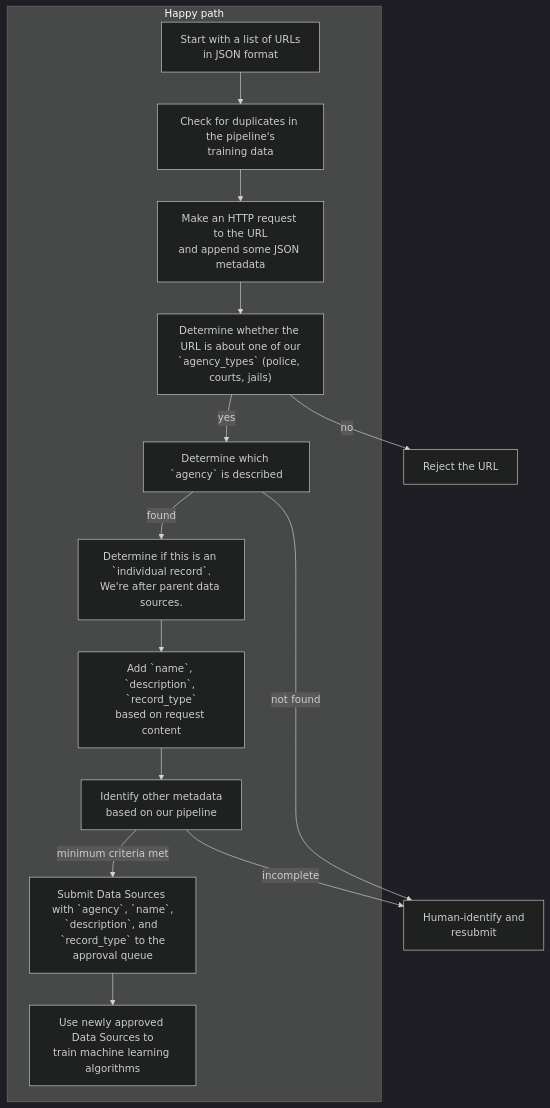
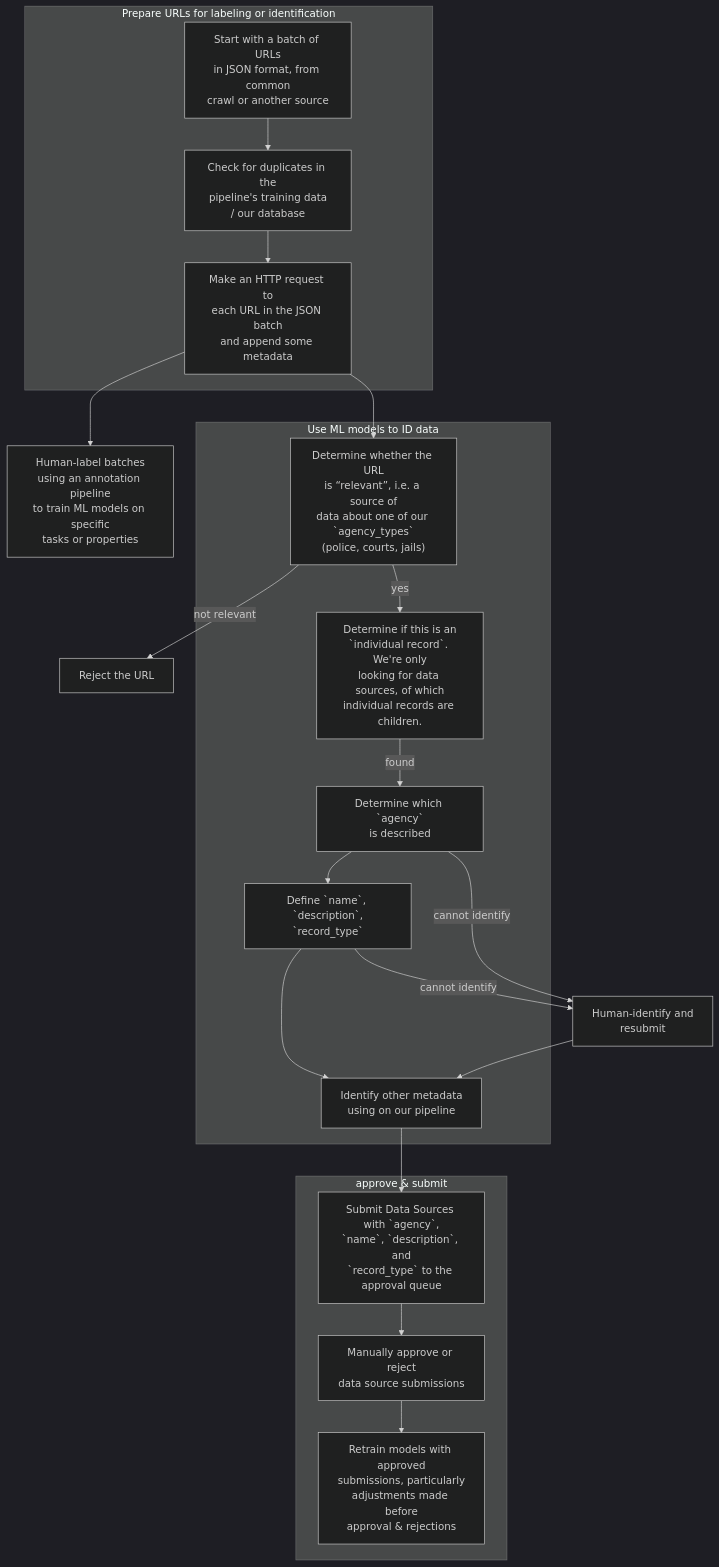
Before and after one commit to Police-Data-Accessibility-Project/data-source-identification: the diagram in README.md, drawn with Mermaid (dark theme). The commit also changed other lines of this file, not shown here.

Commit message:
update flowchart from feb checkin

````diff
--- a/README.md
+++ b/README.md
@@ -38,44 +40,71 @@
 ```mermaid
 %% Here's a guide to mermaid syntax: https://mermaid.js.org/syntax/flowchart.html
 
 flowchart TD
-A["Start with a list of URLs
-in JSON format"]
-B["Check for duplicates in the pipeline's
-training data"]
-C["Make an HTTP request to the URL
-and append some JSON metadata"]
-D["Determine whether the URL is about one of our
-`agency_types` (police, courts, jails)"]
-E["Determine which `agency` is described"]
-F["Determine if this is an `individual record`.
-We're after parent data sources."]
-G["Add `name`, `description`, `record_type`
-based on request content"]
+0["Human-label batches
+using an annotation pipeline
+to train ML models on specific
+tasks or properties"]
+A["Start with a batch of URLs
+in JSON format, from common
+crawl or another source"]
+B["Check for duplicates in the
+pipeline's training data
+/ our database"]
+C["Make an HTTP request to
+each URL in the JSON batch
+and append some metadata"]
+D["Determine whether the URL
+is “relevant”, i.e. a source of
+data about one of our `agency_types`
+(police, courts, jails)"]
+E["Determine if this is an
+`individual record`. We're only
+looking for data sources, of which
+individual records are children."]
+F["Determine which `agency`
+is described"]
+G["Define `name`, `description`,
+`record_type`"]
 H["Identify other metadata
-based on our pipeline"]
-I["Submit Data Sources with `agency`, `name`,
-`description`, and `record_type` to the
-approval queue"]
-J["Use newly approved Data Sources to
-train machine learning algorithms"]
+using on our pipeline"]
+I["Submit Data Sources with `agency`,
+`name`, `description`, and
+`record_type` to the approval queue"]
+J["Manually approve or reject
+data source submissions"]
+K["Retrain models with approved
+submissions, particularly
+adjustments made before
+approval & rejections"]
 reject["Reject the URL"]
 manual["Human-identify and
 resubmit"]
 
-subgraph Happy path
+C --> 0
+
+subgraph Prepare URLs for labeling or identification
 A --> B
 B --> C
+end
+
 C --> D
+D -- not relevant --> reject
+
+subgraph Use ML models to ID data
 D -- yes --> E
 E -- found --> F
 F --> G
 G --> H
-H -- minimum criteria met --> I
-I --> J
 end
 
-D -- no --> reject
-E -- not found --> manual
-H -- incomplete --> manual
+F -- cannot identify --> manual
+G -- cannot identify --> manual
+manual --> H
+H --> I
+
+subgraph approve & submit
+I --> J
+J --> K
+end
 ```
````
